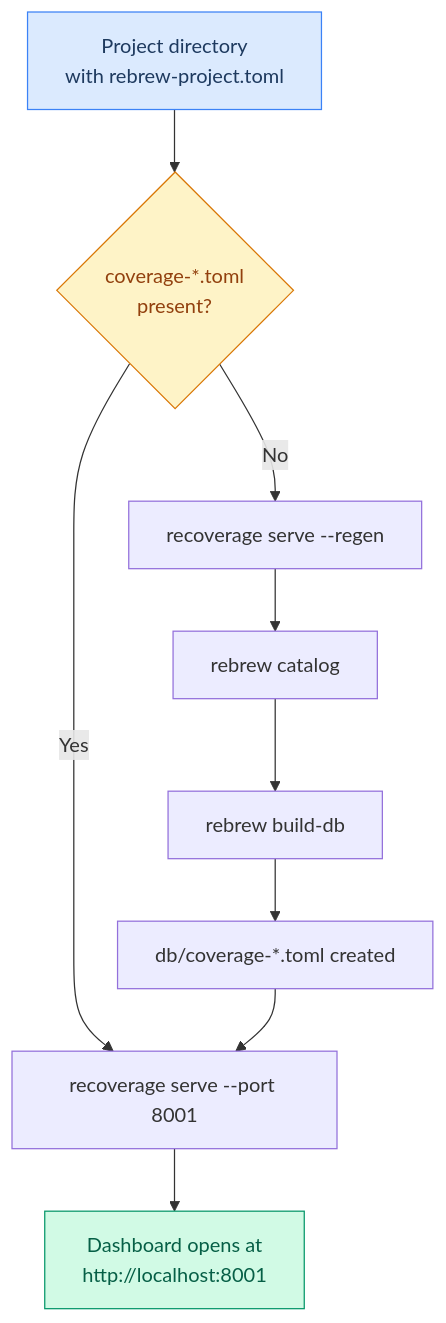
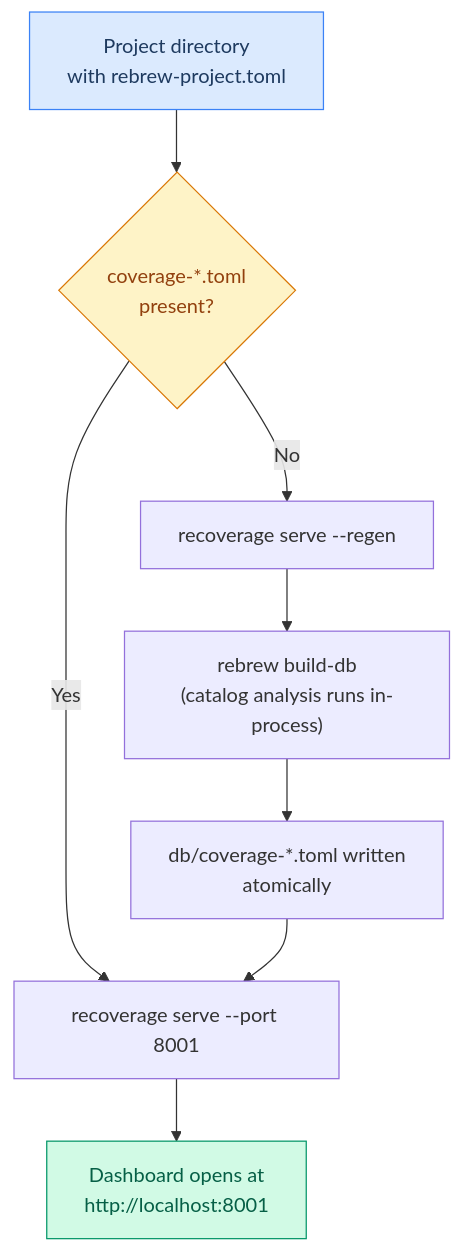
One commit to maci0/recoverage changed the first of 18 diagrams in docs/USER_STORIES.md. Above: the diagram before and after it, drawn with Mermaid. The commit also changed other lines of this file and 6 other files, not shown here.

````diff
--- a/docs/USER_STORIES.md
+++ b/docs/USER_STORIES.md
@@ -34,15 +34,14 @@
 ```mermaid
 graph TD
     A["Project directory<br/>with rebrew-project.toml"] --> B{"coverage-*.toml<br/>present?"}
     B -->|Yes| C["recoverage serve --port 8001"]
     B -->|No| D["recoverage serve --regen"]
-    D --> E["rebrew catalog"]
-    E --> F["rebrew build-db"]
-    F --> G["db/coverage-*.toml created"]
-    G --> C
+    D --> E["rebrew build-db<br/>(catalog analysis runs in-process)"]
+    E --> F["db/coverage-*.toml written<br/>atomically"]
+    F --> C
     C --> H["Dashboard opens at<br/>http://localhost:8001"]
 
     style A fill:#dbeafe,stroke:#3b82f6,color:#1e3a5f
     style H fill:#d1fae5,stroke:#059669,color:#065f46
     style B fill:#fef3c7,stroke:#d97706,color:#92400e
 ```
````
